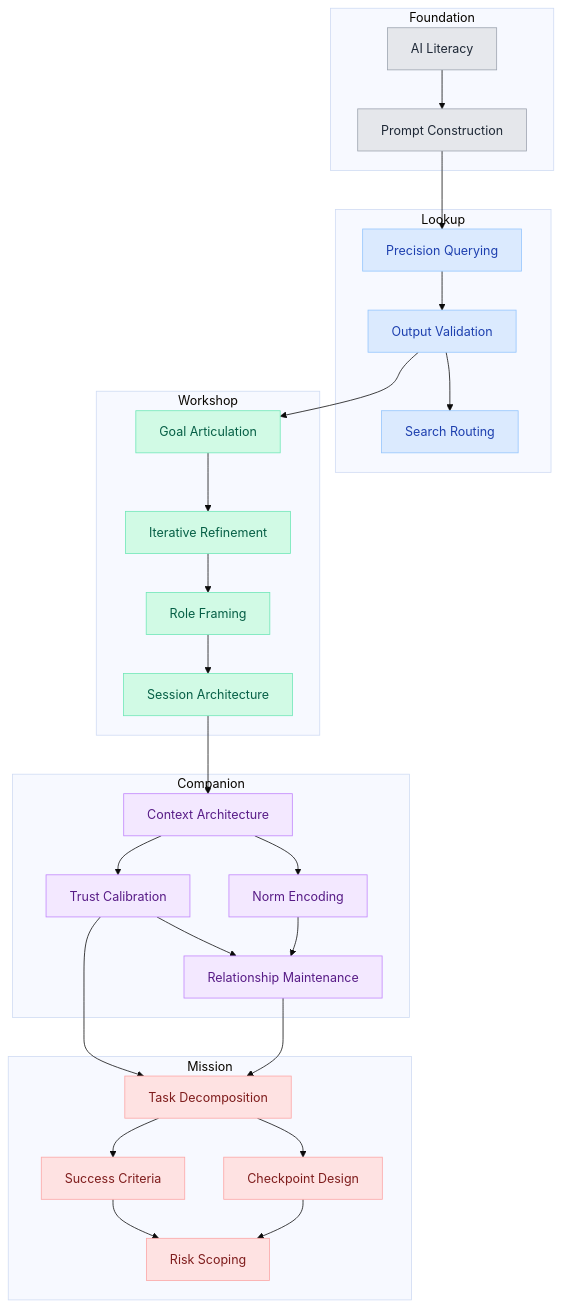
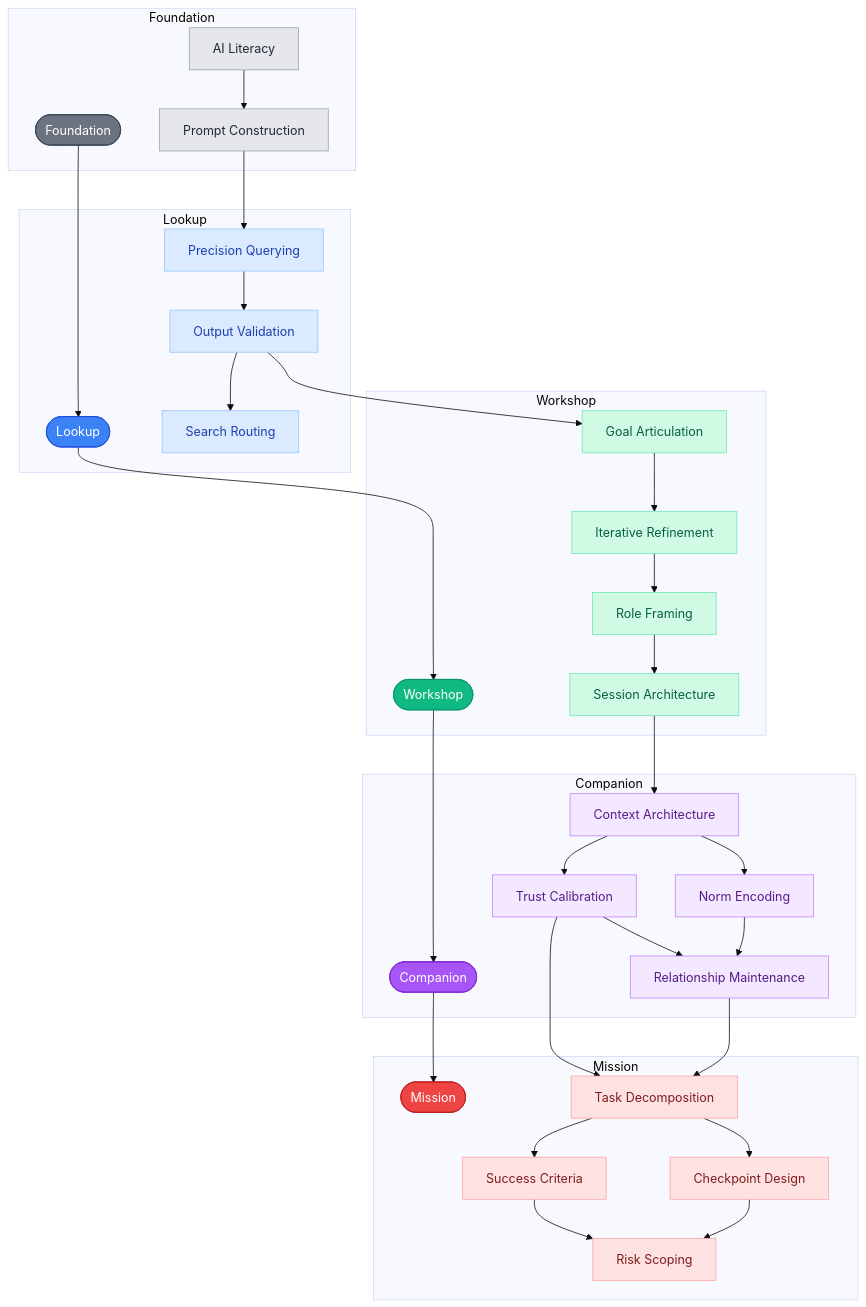
One commit to heichblatt/heichblatt.github.io changed the diagram in content/posts/ai-collaboration-skill-tree.md. Above: the diagram before and after it, drawn with Mermaid (base theme).

Commit message:
Add mode nodes with progression arrows to skill tree
Each collaboration mode (Foundation → Lookup → Workshop → Companion →
Mission) is now an explicit stadium node connected in a chain, styled
in saturated color. Skill nodes remain pastel. Both mode-level and
skill-level prerequisites are visible.

https://claude.ai/code/session_01EQh36T6ADDpiw64icHBoJM

````diff
--- a/content/posts/ai-collaboration-skill-tree.md
+++ b/content/posts/ai-collaboration-skill-tree.md
@@ -17,49 +17,62 @@
 ```mermaid
 graph TD
     subgraph Foundation
+        F_MODE(["Foundation"]):::foundation_mode
         F1[AI Literacy] --> F2[Prompt Construction]
     end
 
     subgraph Lookup
+        L_MODE(["Lookup"]):::lookup_mode
         L1[Precision Querying] --> L2[Output Validation]
         L2 --> L3[Search Routing]
     end
 
     subgraph Workshop
+        W_MODE(["Workshop"]):::workshop_mode
         W1[Goal Articulation] --> W2[Iterative Refinement]
         W2 --> W3[Role Framing]
         W3 --> W4[Session Architecture]
     end
 
     subgraph Companion
+        C_MODE(["Companion"]):::companion_mode
         C1[Context Architecture] --> C2[Trust Calibration]
         C1 --> C3[Norm Encoding]
         C2 --> C4[Relationship Maintenance]
         C3 --> C4
     end
 
     subgraph Mission
+        M_MODE(["Mission"]):::mission_mode
         M1[Task Decomposition] --> M2[Success Criteria]
         M1 --> M3[Checkpoint Design]
         M2 --> M4[Risk Scoping]
         M3 --> M4
     end
+
+    F_MODE --> L_MODE --> W_MODE --> C_MODE --> M_MODE
 
     F2 --> L1
     L2 --> W1
     W4 --> C1
     C2 --> M1
     C4 --> M1
 
     classDef foundation fill:#e5e7eb,color:#1f2937,stroke:#9ca3af
     classDef lookup fill:#dbeafe,color:#1e40af,stroke:#93c5fd
     classDef workshop fill:#d1fae5,color:#065f46,stroke:#6ee7b7
     classDef companion fill:#f3e8ff,color:#581c87,stroke:#c084fc
     classDef mission fill:#fee2e2,color:#7f1d1d,stroke:#fca5a5
 
+    classDef foundation_mode fill:#6b7280,color:#fff,stroke:#374151
+    classDef lookup_mode fill:#3b82f6,color:#fff,stroke:#1d4ed8
+    classDef workshop_mode fill:#10b981,color:#fff,stroke:#059669
+    classDef companion_mode fill:#a855f7,color:#fff,stroke:#7e22ce
+    classDef mission_mode fill:#ef4444,color:#fff,stroke:#b91c1c
+
     class F1,F2 foundation
     class L1,L2,L3 lookup
     class W1,W2,W3,W4 workshop
     class C1,C2,C3,C4 companion
     class M1,M2,M3,M4 mission
 ```
````
